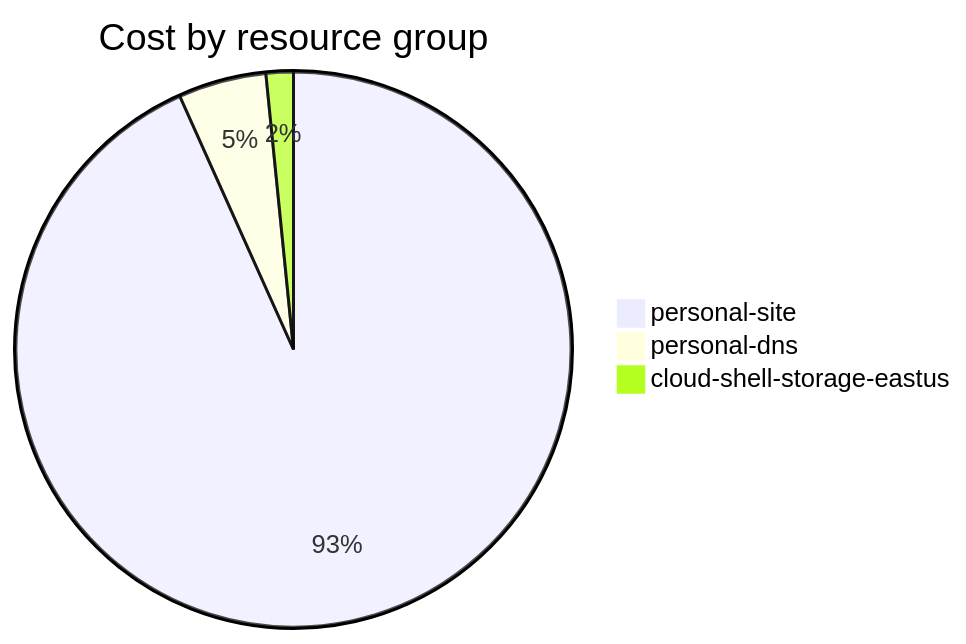
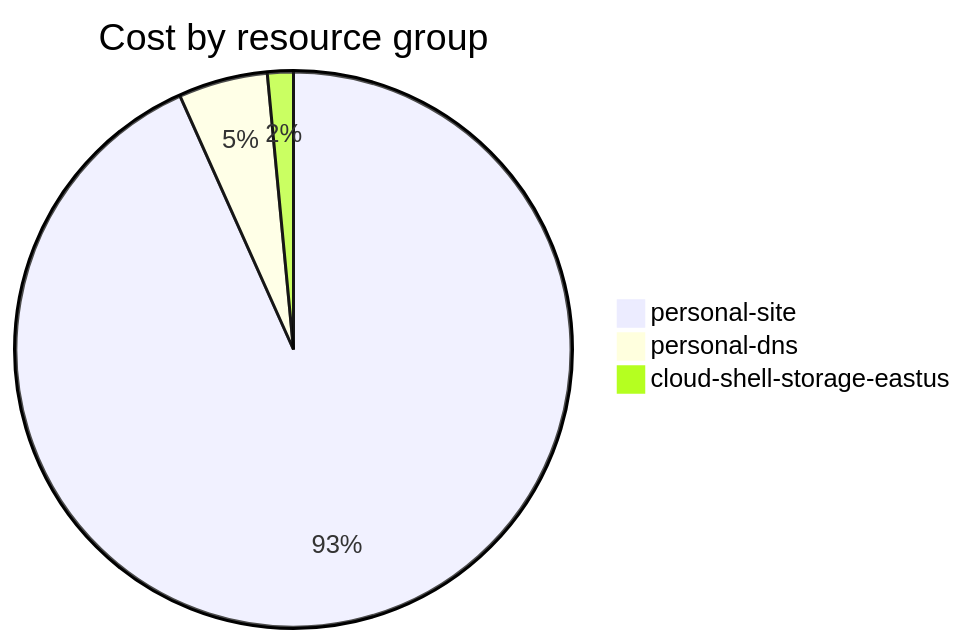
One commit to jpfulton/azure-personal-reports changed the fourth of 4 diagrams in cost-reports/accumulated-cost.md. Above: the diagram before and after it, drawn with Mermaid. The commit also changed other lines of this file and 4 other files, not shown here.

````diff
--- a/cost-reports/accumulated-cost.md
+++ b/cost-reports/accumulated-cost.md
@@ -141,7 +141,7 @@
 ```mermaid
 pie
    title Cost by resource group
-   "personal-site" : 5.28
-   "personal-dns" : 0.29
+   "personal-site" : 5.57
+   "personal-dns" : 0.31
    "cloud-shell-storage-eastus" : 0.09
 ```
````
